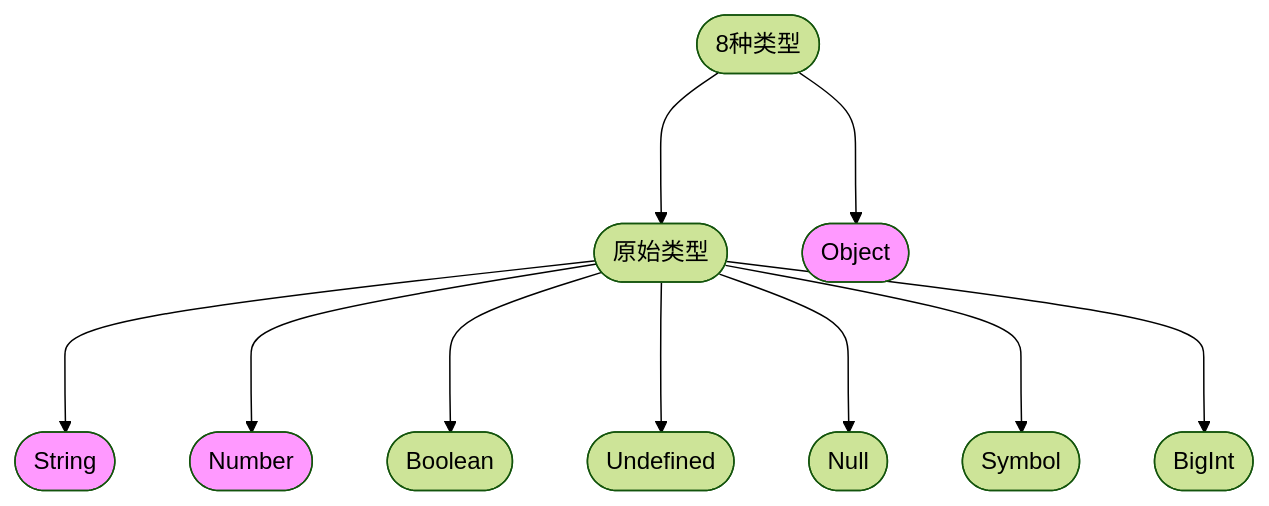
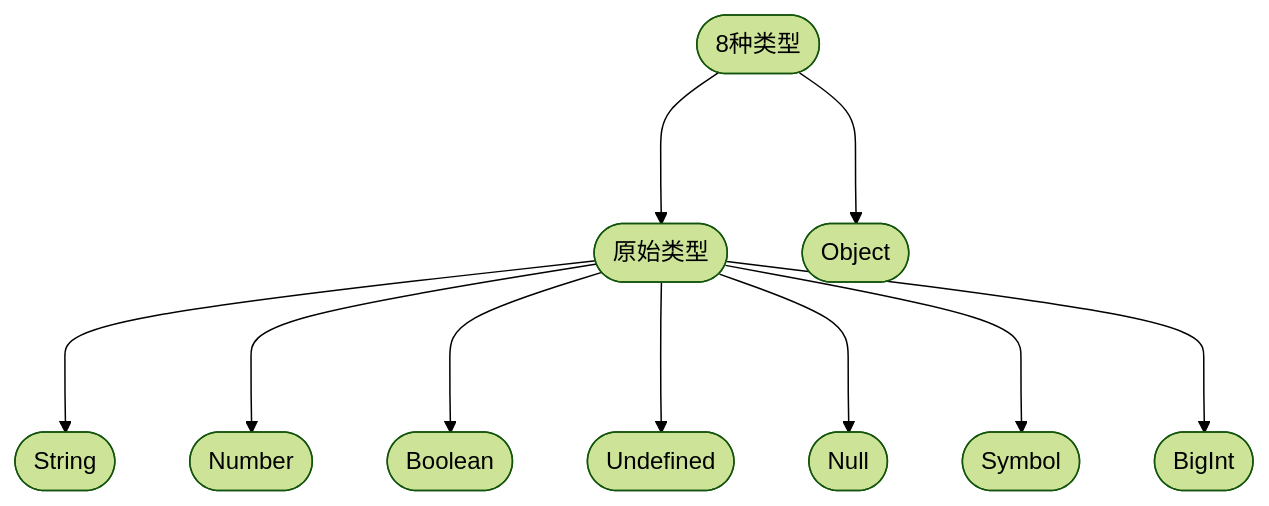
One commit to esmyy/esmyy.github.io changed the first of 9 diagrams in docs/03-JS/01-types/index.mdx. Above: the diagram before and after it, drawn with Mermaid (forest theme). The commit also changed other lines of this file and 15 other files, not shown here.

````diff
--- a/docs/03-JS/01-types/index.mdx
+++ b/docs/03-JS/01-types/index.mdx
@@ -3,15 +3,12 @@
 ```mermaid
 flowchart TB
   Type([8种类型]) ---> A
   Type ---> Object([Object])
-  style Object fill:#f9f
   A([原始类型]) ---> String([String])
-  style String fill:#f9f
   A ---> Number([Number])
-  style Number fill:#f9f
   A ---> Boolean([Boolean])
   A ---> Undefined([Undefined])
   A ---> Null([Null])
   A ---> Symbol([Symbol])
   A ---> BigInt([BigInt])
 ```
````
